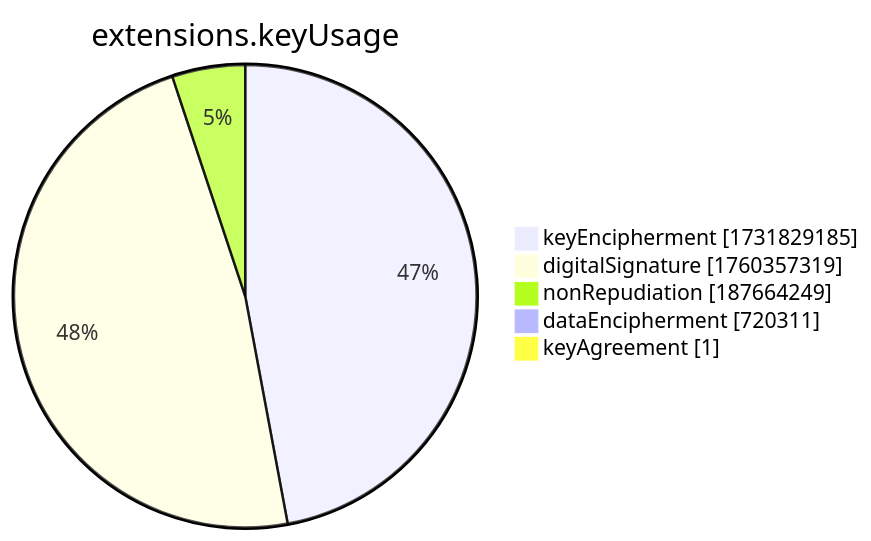
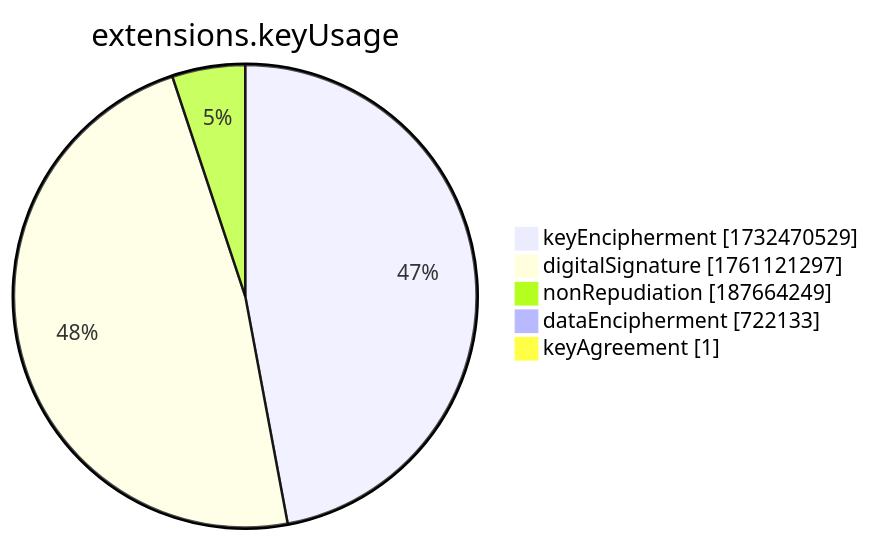
The seventh of 15 diagrams in xenon2022/README.md (christiankrug/ctmonitor_visualization), drawn with Mermaid before and after one commit. The commit also changed other lines of this file, not shown here.

````diff
--- a/xenon2022/README.md
+++ b/xenon2022/README.md
@@ -2859,9 +2859,9 @@
 ```mermaid
 pie showData
 title extensions.keyUsage
-"keyEncipherment" :1731829185
-"digitalSignature" :1760357319
+"keyEncipherment" :1732470529
+"digitalSignature" :1761121297
 "nonRepudiation" :187664249
-"dataEncipherment" :720311
+"dataEncipherment" :722133
 "keyAgreement" :1
 ```
````
